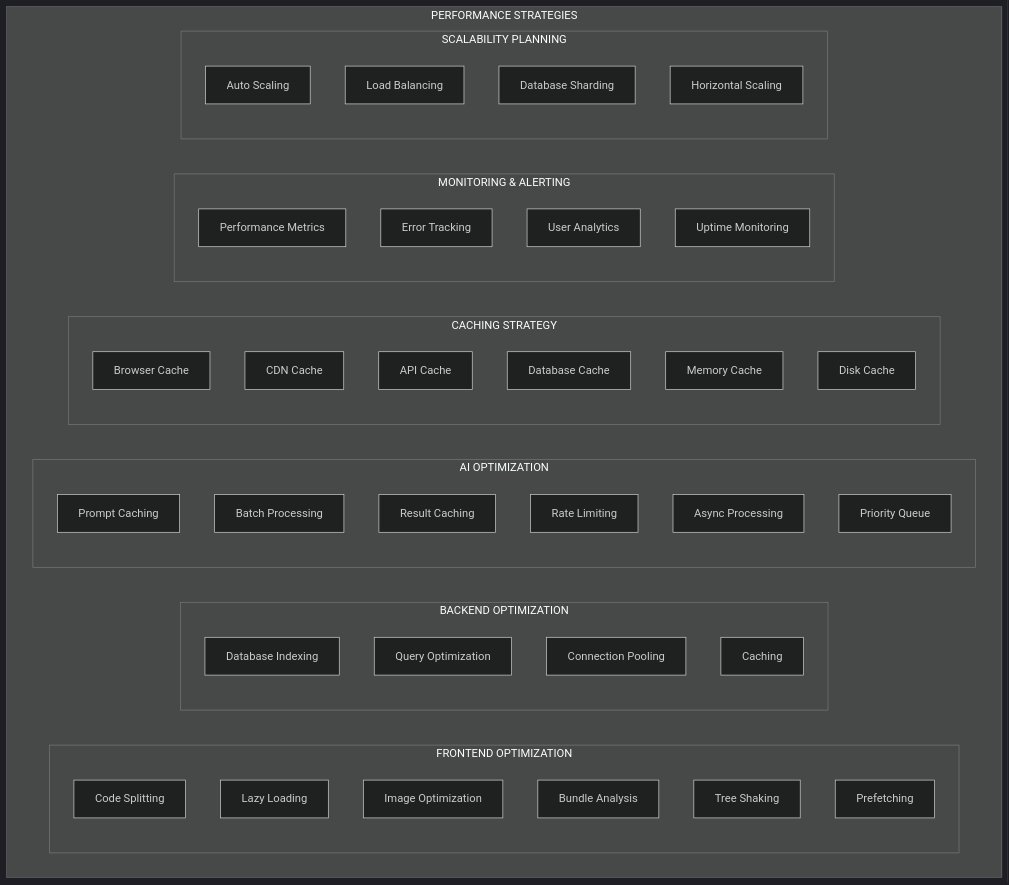
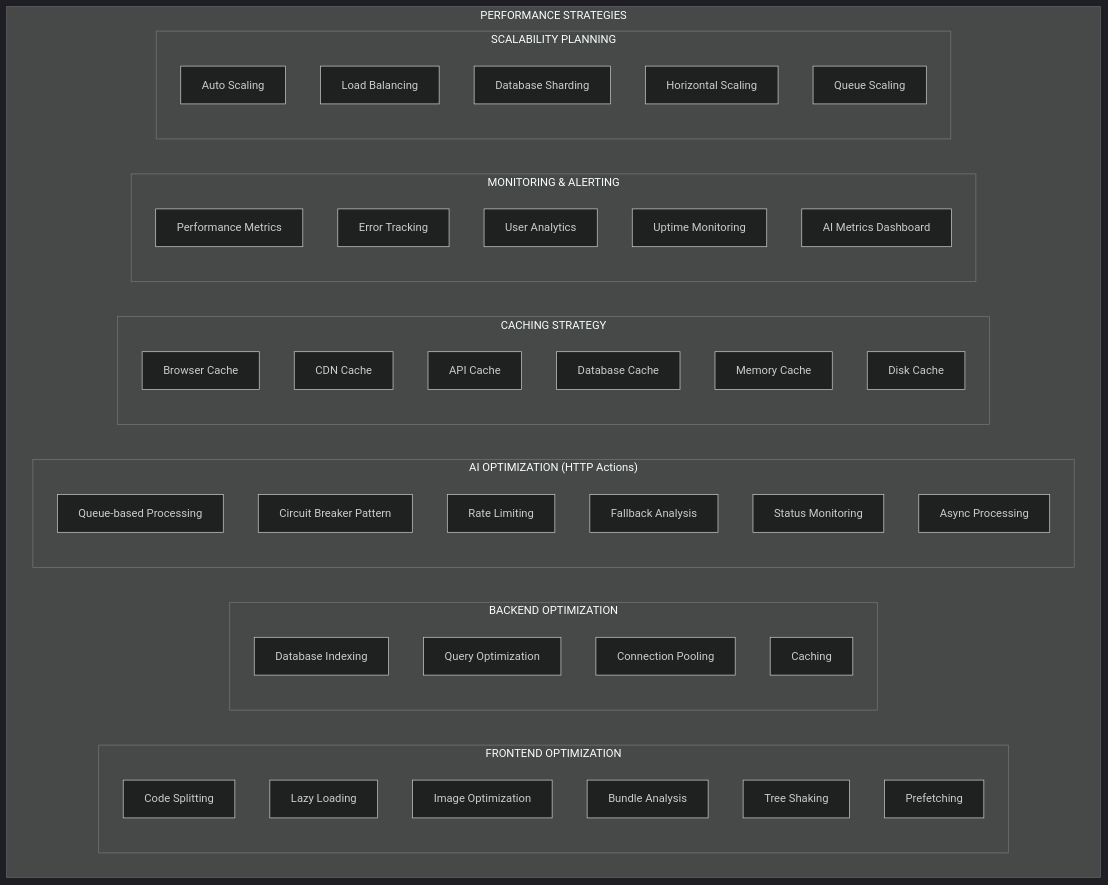
Before and after one commit to tcynic/resonant: the tenth of 10 diagrams in docs/architecture/system-architecture.md, drawn with Mermaid (dark theme). The commit also changed other lines of this file and 12 other files, not shown here.

First line of the commit message:
docs: Complete HTTP Actions architecture migration documentation

````diff
--- a/docs/architecture/system-architecture.md
+++ b/docs/architecture/system-architecture.md
@@ -337,52 +558,54 @@
 ```mermaid
 graph TB
     subgraph Performance["PERFORMANCE STRATEGIES"]
         subgraph Frontend["FRONTEND OPTIMIZATION"]
             CS["Code Splitting"]
             LL["Lazy Loading"]
             IO["Image Optimization"]
             BA["Bundle Analysis"]
             TS["Tree Shaking"]
             PF["Prefetching"]
         end
 
         subgraph Backend["BACKEND OPTIMIZATION"]
             DI["Database Indexing"]
             QO["Query Optimization"]
             CP["Connection Pooling"]
             BC["Caching"]
         end
 
-        subgraph AI["AI OPTIMIZATION"]
-            PC["Prompt Caching"]
-            BP["Batch Processing"]
-            RC["Result Caching"]
+        subgraph AI["AI OPTIMIZATION (HTTP Actions)"]
+            QP["Queue-based Processing"]
+            CB["Circuit Breaker Pattern"]
             RL["Rate Limiting"]
+            FB["Fallback Analysis"]
+            SM["Status Monitoring"]
             AP["Async Processing"]
-            PQ["Priority Queue"]
         end
 
         subgraph Caching["CACHING STRATEGY"]
             BrC["Browser Cache"]
             CDNC["CDN Cache"]
             AC["API Cache"]
             DC["Database Cache"]
             MC["Memory Cache"]
             DiC["Disk Cache"]
         end
 
         subgraph Monitoring["MONITORING & ALERTING"]
             PM["Performance Metrics"]
             ET["Error Tracking"]
             UA["User Analytics"]
             UM["Uptime Monitoring"]
+            AIM["AI Metrics Dashboard"]
         end
 
         subgraph Scalability["SCALABILITY PLANNING"]
             AS["Auto Scaling"]
             LB["Load Balancing"]
             DS["Database Sharding"]
             HS["Horizontal Scaling"]
+            QS["Queue Scaling"]
         end
     end
 ```
````
